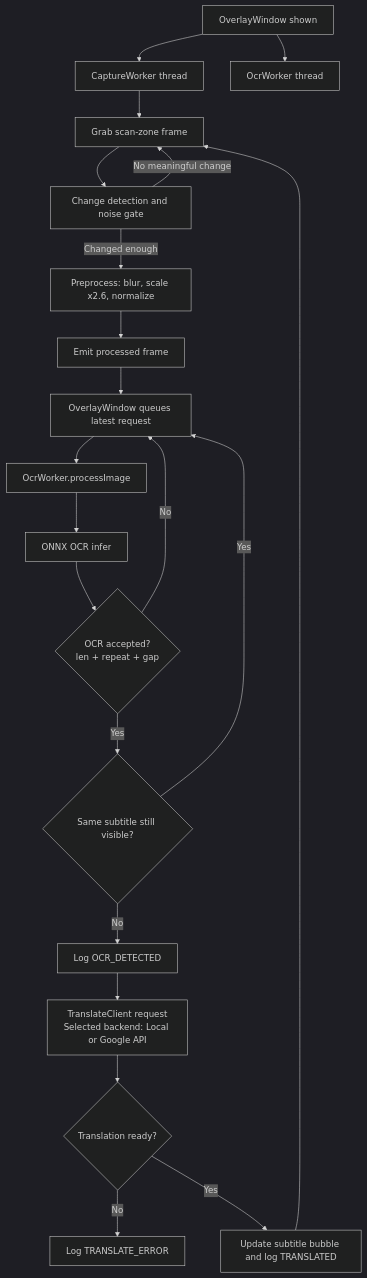
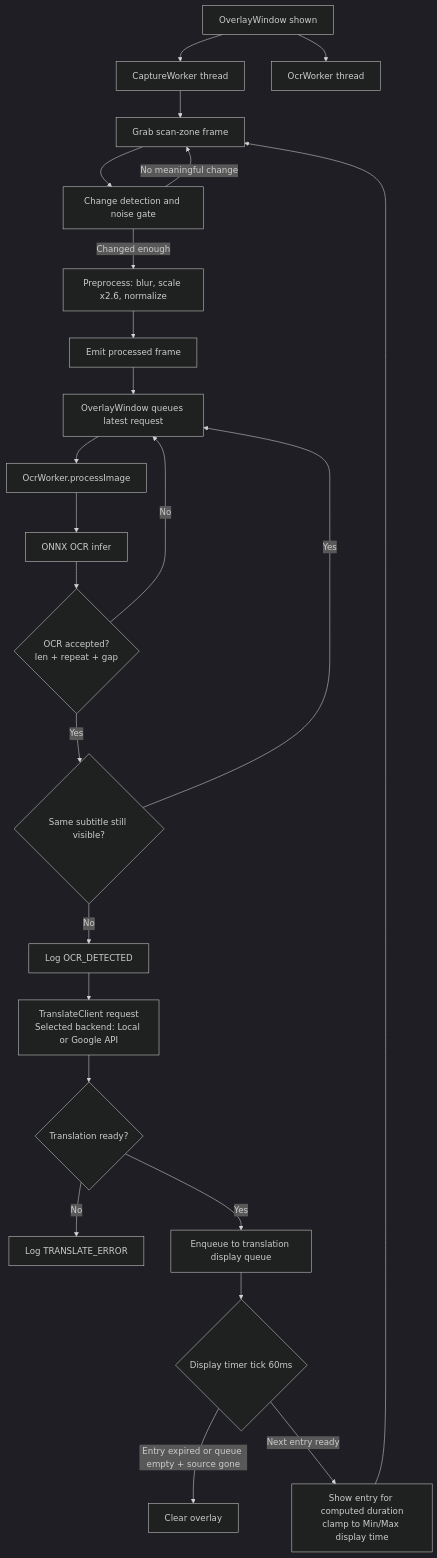
One commit to ngoctruongns/screen_sub_translate changed the second of 2 diagrams in README.md. Above: the diagram before and after it, drawn with Mermaid (dark theme). The commit also changed other lines of this file and 3 other files, not shown here.

````diff
--- a/README.md
+++ b/README.md
@@ -276,25 +305,28 @@
 ```mermaid
 flowchart TD
   A[OverlayWindow shown] --> B[CaptureWorker thread]
   A --> C[OcrWorker thread]
 
   B --> D[Grab scan-zone frame]
   D --> E[Change detection and noise gate]
   E -->|No meaningful change| D
   E -->|Changed enough| F[Preprocess: blur, scale x2.6, normalize]
   F --> G[Emit processed frame]
 
   G --> H[OverlayWindow queues latest request]
   H --> I[OcrWorker.processImage]
   I --> J[ONNX OCR infer]
   J --> K{OCR accepted?\nlen + repeat + gap}
   K -->|No| H
   K -->|Yes| L{Same subtitle still visible?}
   L -->|Yes| H
   L -->|No| M[Log OCR_DETECTED]
   M --> N[TranslateClient request\nSelected backend: Local or Google API]
   N --> O{Translation ready?}
   O -->|No| P[Log TRANSLATE_ERROR]
-  O -->|Yes| Q[Update subtitle bubble and log TRANSLATED]
-  Q --> D
+  O -->|Yes| Q[Enqueue to translation display queue]
+  Q --> R{Display timer tick 60ms}
+  R -->|Entry expired or queue empty + source gone| S[Clear overlay]
+  R -->|Next entry ready| T[Show entry for computed duration\nclamp to Min/Max display time]
+  T --> D
 ```
````
